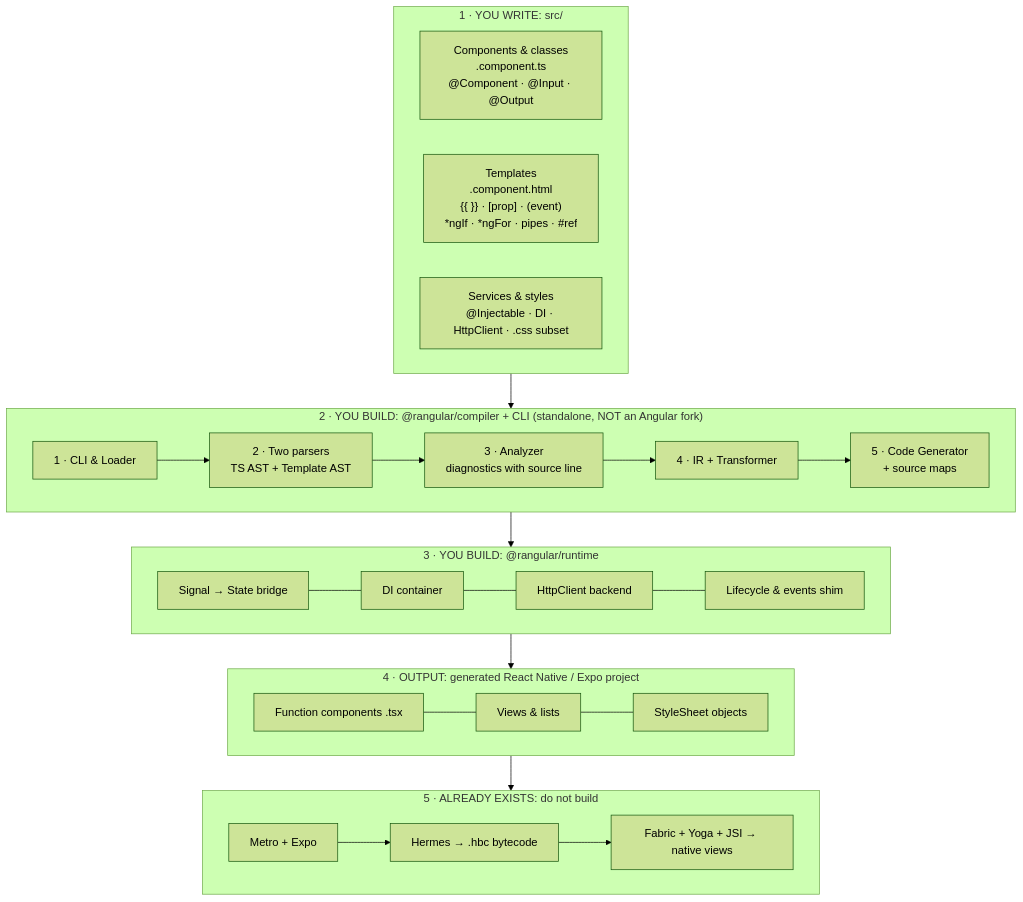
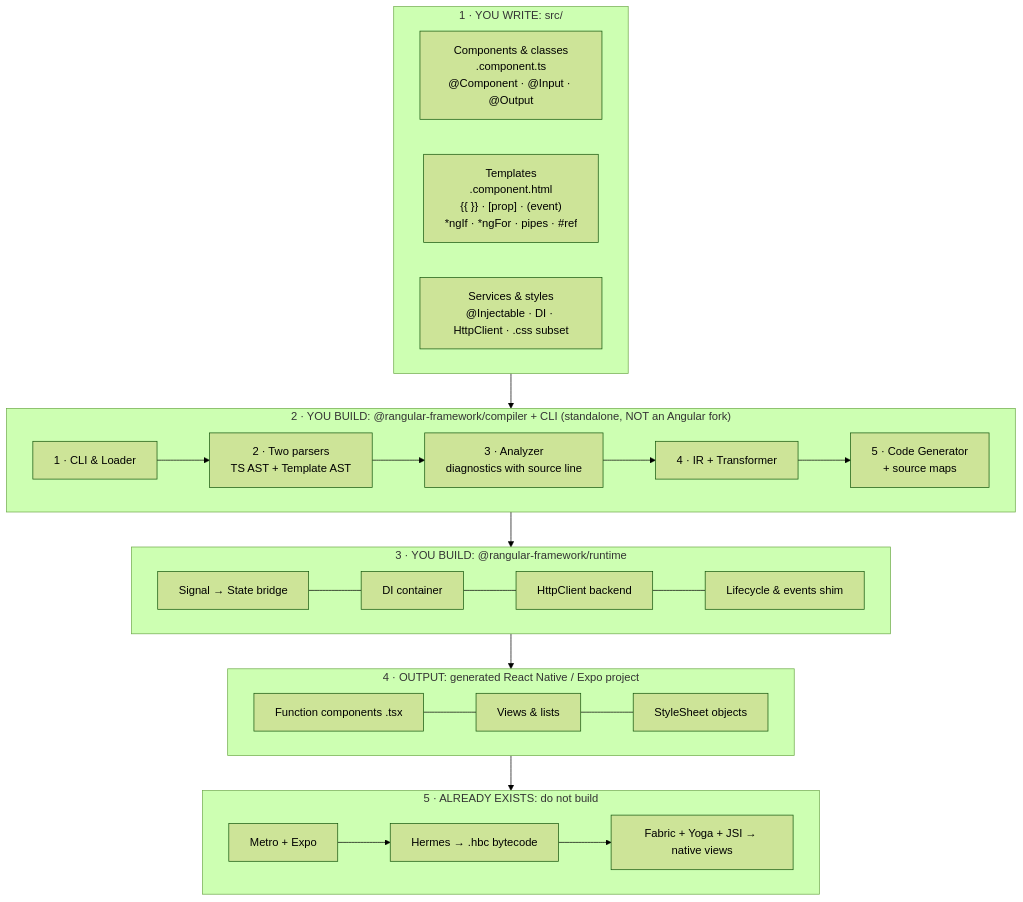
One commit to bigyanchap/rangular changed the diagram in README.md. Above: the diagram before and after it, drawn with Mermaid (forest theme). The commit also changed other lines of this file and 29 other files, not shown here.

Commit message:
Rename to rangular-framework, version 0.2.0 (part 1 of 4): @rangular-framework scope, CLI commands rangular-framework and rg

````diff
--- a/README.md
+++ b/README.md
@@ -136,21 +136,21 @@
 ```mermaid
 flowchart TB
     subgraph L1["1 · YOU WRITE: src/"]
         A1["Components & classes<br/>.component.ts<br/>@Component · @Input · @Output"]
         A2["Templates<br/>.component.html<br/>{{ }} · [prop] · (event)<br/>*ngIf · *ngFor · pipes · #ref"]
         A3["Services & styles<br/>@Injectable · DI · HttpClient · .css subset"]
     end
-    subgraph L2["2 · YOU BUILD: @rangular/compiler + CLI (standalone, NOT an Angular fork)"]
+    subgraph L2["2 · YOU BUILD: @rangular-framework/compiler + CLI (standalone, NOT an Angular fork)"]
         B1["1 · CLI & Loader"] --> B2["2 · Two parsers<br/>TS AST + Template AST"] --> B3["3 · Analyzer<br/>diagnostics with source line"] --> B4["4 · IR + Transformer"] --> B5["5 · Code Generator<br/>+ source maps"]
     end
-    subgraph L3["3 · YOU BUILD: @rangular/runtime"]
+    subgraph L3["3 · YOU BUILD: @rangular-framework/runtime"]
         C1["Signal → State bridge"] --- C2["DI container"] --- C3["HttpClient backend"] --- C4["Lifecycle & events shim"]
     end
     subgraph L4["4 · OUTPUT: generated React Native / Expo project"]
         D1["Function components .tsx"] --- D2["Views & lists"] --- D3["StyleSheet objects"]
     end
     subgraph L5["5 · ALREADY EXISTS: do not build"]
         E1["Metro + Expo"] --> E2["Hermes → .hbc bytecode"] --> E3["Fabric + Yoga + JSI → native views"]
     end
     L1 --> L2 --> L3 --> L4 --> L5
 ```
````
